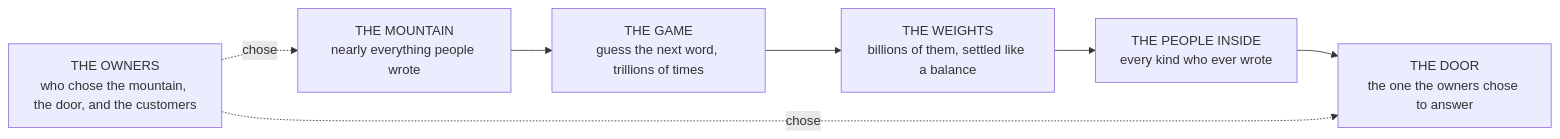
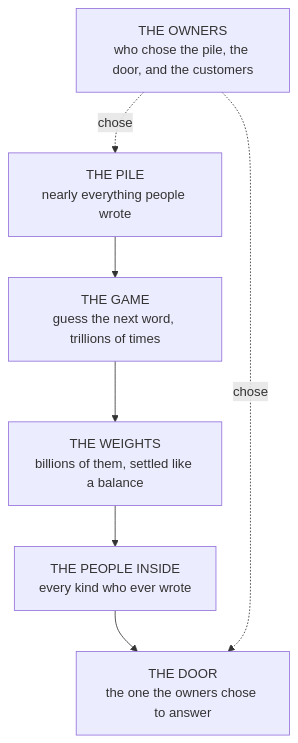
The diagram in docs/writings/nothing-up-my-sleeve/01-did-he-who-made-the-lamb-make-thee/02-the-guessing-machine.md (demitonapp/nothing-up-my-sleeve), drawn with Mermaid before and after one commit. The commit also changed other lines of this file and 26 other files, not shown here.

````diff
--- a/docs/writings/nothing-up-my-sleeve/01-did-he-who-made-the-lamb-make-thee/02-the-guessing-machine.md
+++ b/docs/writings/nothing-up-my-sleeve/01-did-he-who-made-the-lamb-make-thee/02-the-guessing-machine.md
@@ -53,12 +53,12 @@
 ```mermaid
-flowchart LR
-  M["THE MOUNTAIN<br/>nearly everything people wrote"]
+flowchart TB
+  M["THE PILE<br/>nearly everything people wrote"]
   G["THE GAME<br/>guess the next word, trillions of times"]
   W["THE WEIGHTS<br/>billions of them, settled like a balance"]
   P["THE PEOPLE INSIDE<br/>every kind who ever wrote"]
   D["THE DOOR<br/>the one the owners chose to answer"]
-  O["THE OWNERS<br/>who chose the mountain, the door, and the customers"]
+  O["THE OWNERS<br/>who chose the pile, the door, and the customers"]
   M --> G --> W --> P --> D
   O -.->|"chose"| M
   O -.->|"chose"| D
 ```
````
